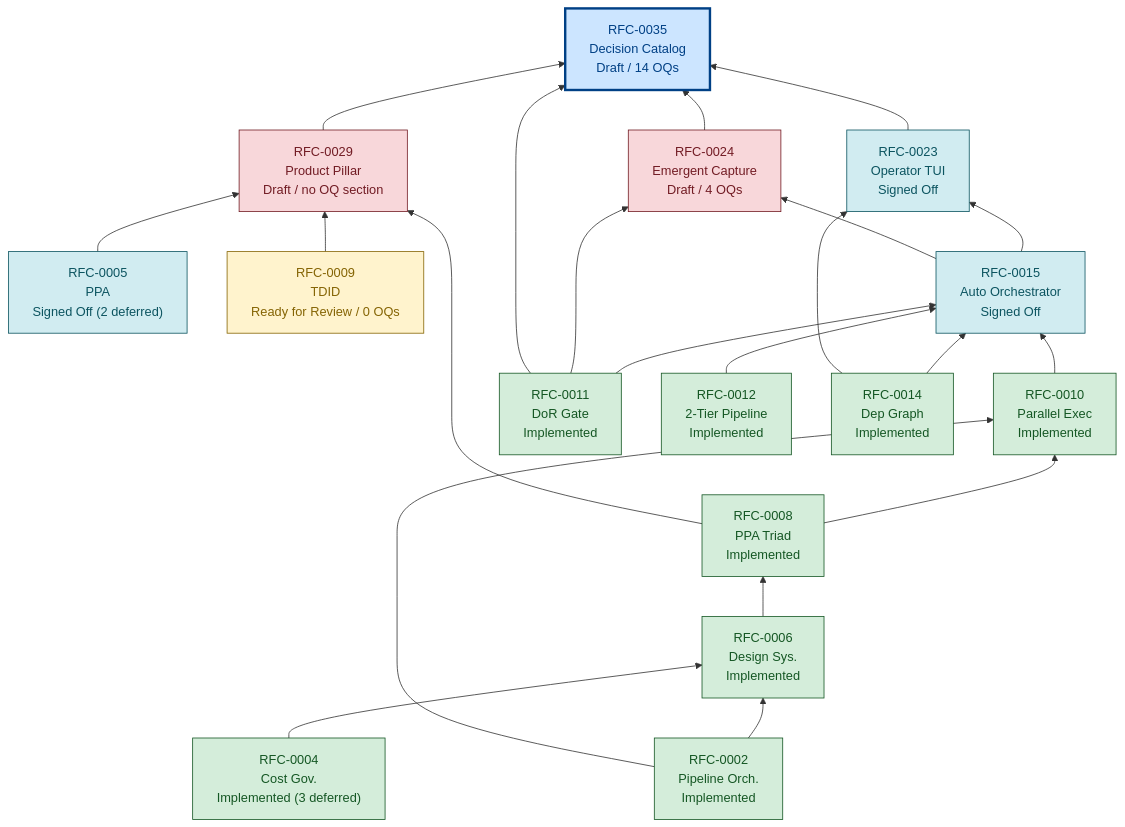
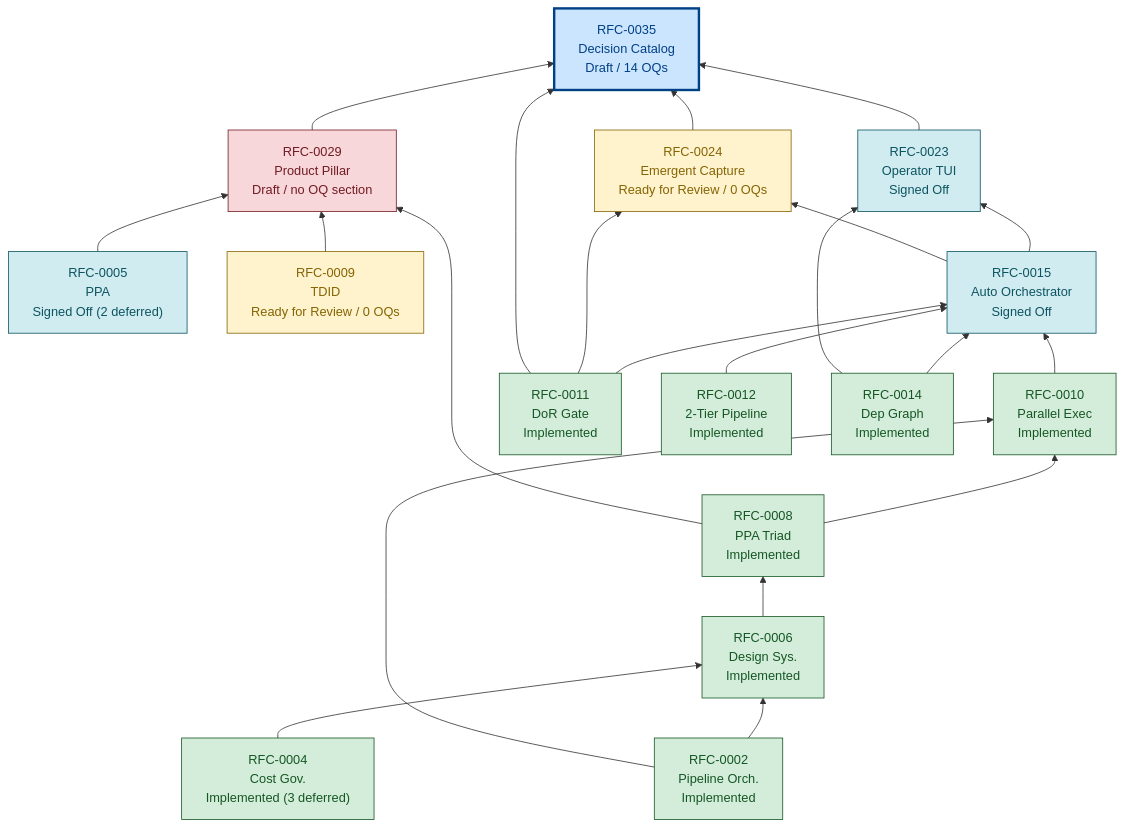
The diagram in spec/rfcs/README.md (ai-sdlc-framework/ai-sdlc), drawn with Mermaid before and after one commit. The commit also changed other lines of this file and 1 other file, not shown here.

First line of the commit message:
docs(rfc): close remaining 4 RFC-0024 OQs + promote lifecycle to Ready for Review

````diff
--- a/spec/rfcs/README.md
+++ b/spec/rfcs/README.md
@@ -443,55 +436,55 @@
 ```mermaid
 graph BT
     %% Critical-path graph rooted at RFC-0035 (Decision Catalog)
     %% Edge direction: child requires parent (bottom-up)
     %% Color: green = design locked, blue = signed off, yellow = ready for review / 0 OQs draft, red = OQs open, bold = target
 
     RFC0002["RFC-0002<br/>Pipeline Orch.<br/>Implemented"]
     RFC0004["RFC-0004<br/>Cost Gov.<br/>Implemented (3 deferred)"]
     RFC0005["RFC-0005<br/>PPA<br/>Signed Off (2 deferred)"]
     RFC0006["RFC-0006<br/>Design Sys.<br/>Implemented"]
     RFC0008["RFC-0008<br/>PPA Triad<br/>Implemented"]
     RFC0009["RFC-0009<br/>TDID<br/>Ready for Review / 0 OQs"]
     RFC0010["RFC-0010<br/>Parallel Exec<br/>Implemented"]
     RFC0011["RFC-0011<br/>DoR Gate<br/>Implemented"]
     RFC0012["RFC-0012<br/>2-Tier Pipeline<br/>Implemented"]
     RFC0014["RFC-0014<br/>Dep Graph<br/>Implemented"]
     RFC0015["RFC-0015<br/>Auto Orchestrator<br/>Signed Off"]
     RFC0023["RFC-0023<br/>Operator TUI<br/>Signed Off"]
-    RFC0024["RFC-0024<br/>Emergent Capture<br/>Draft / 4 OQs"]
+    RFC0024["RFC-0024<br/>Emergent Capture<br/>Ready for Review / 0 OQs"]
     RFC0029["RFC-0029<br/>Product Pillar<br/>Draft / no OQ section"]
     RFC0035["RFC-0035<br/>Decision Catalog<br/>Draft / 14 OQs"]
 
     RFC0002 --> RFC0006
     RFC0004 --> RFC0006
     RFC0006 --> RFC0008
     RFC0002 --> RFC0010
     RFC0008 --> RFC0010
     RFC0010 --> RFC0015
     RFC0011 --> RFC0015
     RFC0012 --> RFC0015
     RFC0014 --> RFC0015
     RFC0014 --> RFC0023
     RFC0015 --> RFC0023
     RFC0011 --> RFC0024
     RFC0015 --> RFC0024
     RFC0005 --> RFC0029
     RFC0008 --> RFC0029
     RFC0009 --> RFC0029
     RFC0011 --> RFC0035
     RFC0023 --> RFC0035
     RFC0024 --> RFC0035
     RFC0029 --> RFC0035
 
     classDef implemented fill:#d4edda,stroke:#155724,color:#155724
     classDef signedOff fill:#d1ecf1,stroke:#0c5460,color:#0c5460
     classDef readyOrZero fill:#fff3cd,stroke:#856404,color:#856404
     classDef draftOpen fill:#f8d7da,stroke:#721c24,color:#721c24
     classDef target fill:#cce5ff,stroke:#004085,color:#004085,stroke-width:3px
 
     class RFC0002,RFC0004,RFC0006,RFC0008,RFC0010,RFC0011,RFC0012,RFC0014 implemented
     class RFC0005,RFC0015,RFC0023 signedOff
-    class RFC0009 readyOrZero
-    class RFC0024,RFC0029 draftOpen
+    class RFC0009,RFC0024 readyOrZero
+    class RFC0029 draftOpen
     class RFC0035 target
 ```
````
